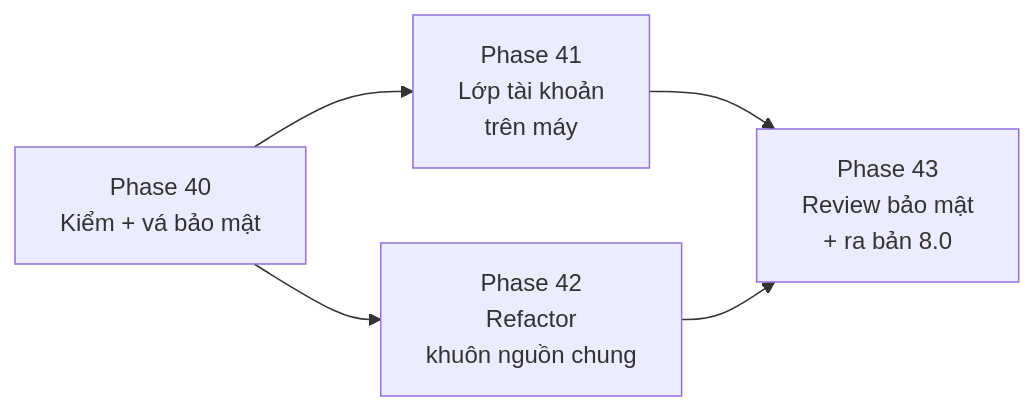
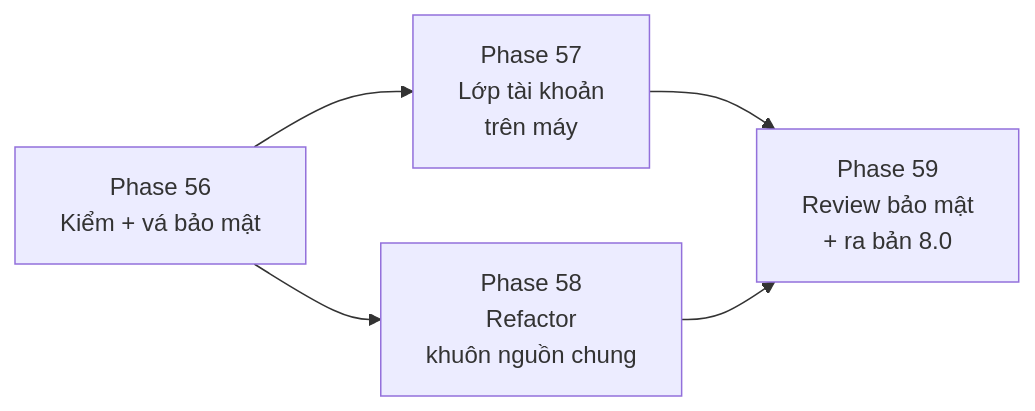
Before and after one commit to nvminhtu/niche-radar-docs: the diagram in docs/web/version-8.md, drawn with Mermaid. The commit also changed other lines of this file and 206 other files, not shown here.

````diff
--- a/docs/web/version-8.md
+++ b/docs/web/version-8.md
@@ -22,6 +22,6 @@
 ```mermaid
 flowchart LR
-  S[Phase 40<br/>Kiểm + vá bảo mật] --> A[Phase 41<br/>Lớp tài khoản<br/>trên máy]
-  S --> R[Phase 42<br/>Refactor<br/>khuôn nguồn chung]
-  A & R --> V[Phase 43<br/>Review bảo mật<br/>+ ra bản 8.0]
+  S[Phase 56<br/>Kiểm + vá bảo mật] --> A[Phase 57<br/>Lớp tài khoản<br/>trên máy]
+  S --> R[Phase 58<br/>Refactor<br/>khuôn nguồn chung]
+  A & R --> V[Phase 59<br/>Review bảo mật<br/>+ ra bản 8.0]
 ```
````
